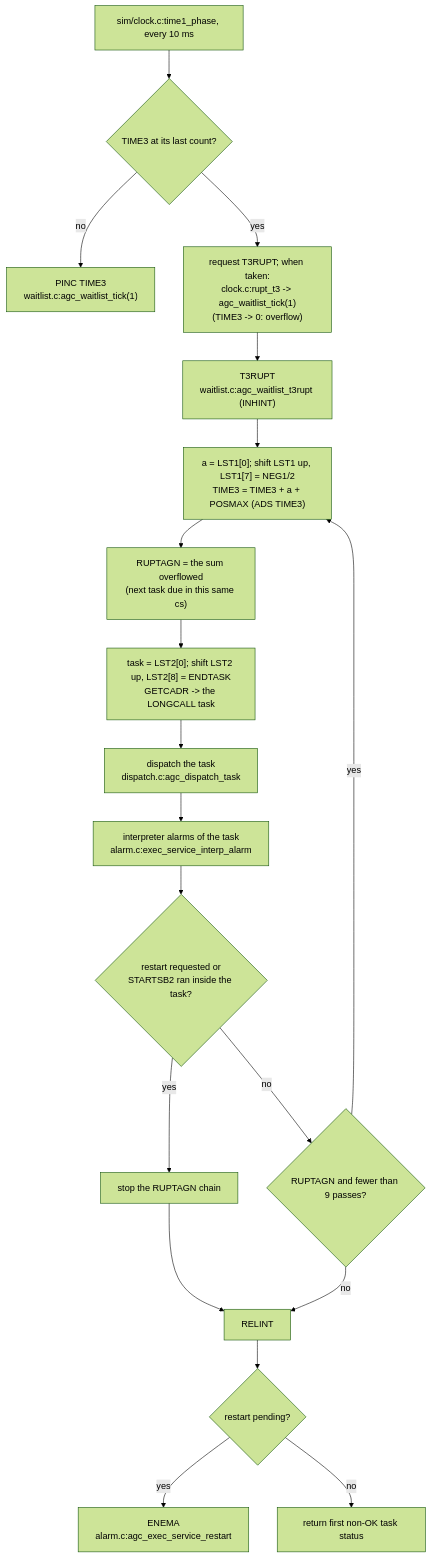
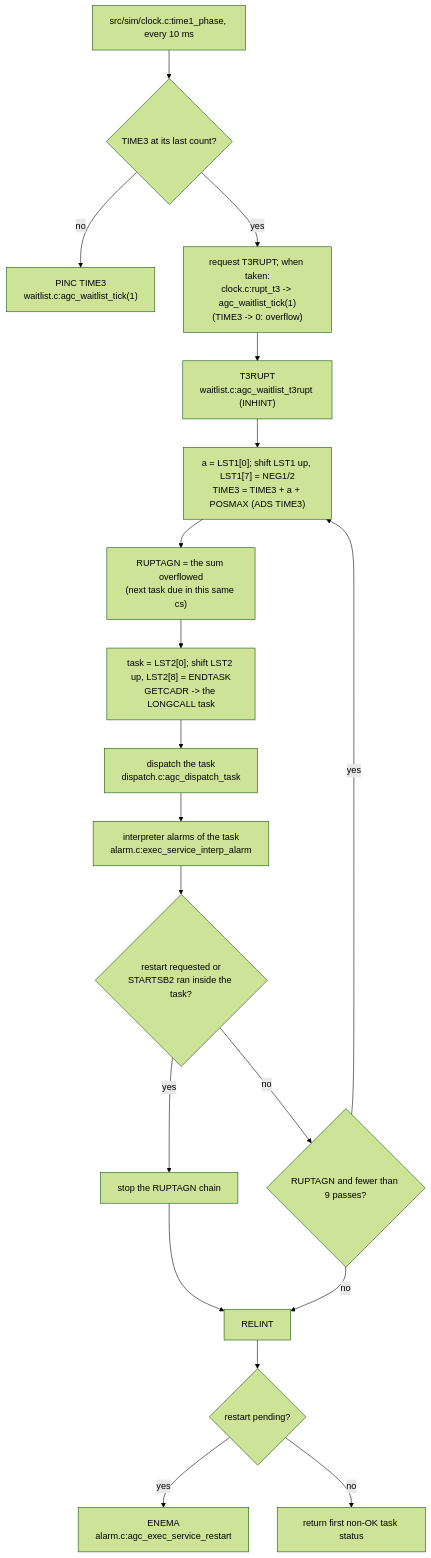
One commit to bobjoe400/apollo-c changed the second of 2 diagrams in docs/overview/flowcharts/waitlist-tick.md. Above: the diagram before and after it, drawn with Mermaid (forest theme). The commit also changed 52 other files, not shown here.

````diff
--- a/docs/overview/flowcharts/waitlist-tick.md
+++ b/docs/overview/flowcharts/waitlist-tick.md
@@ -41,21 +41,21 @@
 ```mermaid
 flowchart TD
-    K["sim/clock.c:time1_phase, every 10 ms"] --> L{"TIME3 at its last count?"}
+    K["src/sim/clock.c:time1_phase, every 10 ms"] --> L{"TIME3 at its last count?"}
     L -- "no" --> L1["PINC TIME3<br/>waitlist.c:agc_waitlist_tick(1)"]
     L -- "yes" --> L2["request T3RUPT; when taken:<br/>clock.c:rupt_t3 -> agc_waitlist_tick(1)<br/>(TIME3 -> 0: overflow)"]
     L2 --> M["T3RUPT<br/>waitlist.c:agc_waitlist_t3rupt (INHINT)"]
     M --> N["a = LST1[0]; shift LST1 up, LST1[7] = NEG1/2<br/>TIME3 = TIME3 + a + POSMAX (ADS TIME3)"]
     N --> O["RUPTAGN = the sum overflowed<br/>(next task due in this same cs)"]
     O --> P["task = LST2[0]; shift LST2 up, LST2[8] = ENDTASK<br/>GETCADR -> the LONGCALL task"]
     P --> Q["dispatch the task<br/>dispatch.c:agc_dispatch_task"]
     Q --> R["interpreter alarms of the task<br/>alarm.c:exec_service_interp_alarm"]
     R --> S{"restart requested or<br/>STARTSB2 ran inside the task?"}
     S -- "yes" --> S1["stop the RUPTAGN chain"]
     S -- "no" --> T{"RUPTAGN and fewer than 9 passes?"}
     T -- "yes" --> N
     T -- "no" --> U["RELINT"]
     S1 --> U
     U --> V{"restart pending?"}
     V -- "yes" --> V1["ENEMA<br/>alarm.c:agc_exec_service_restart"]
     V -- "no" --> W["return first non-OK task status"]
 ```
````
